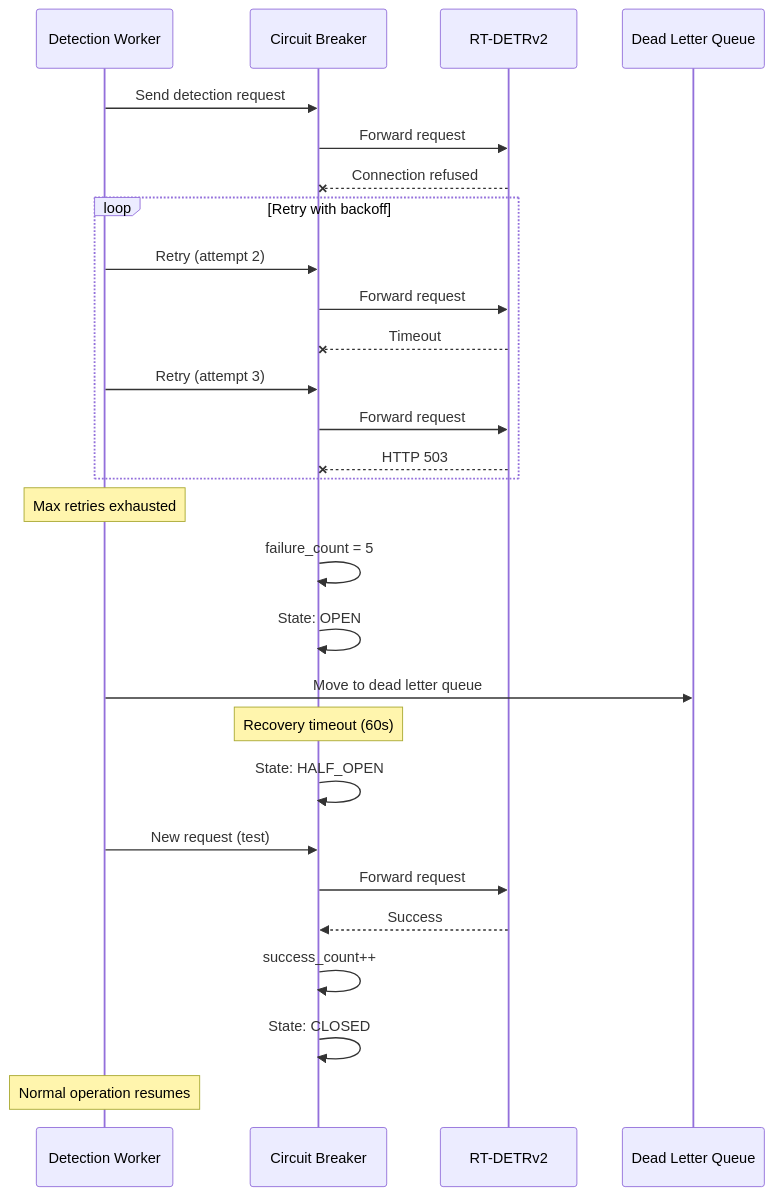
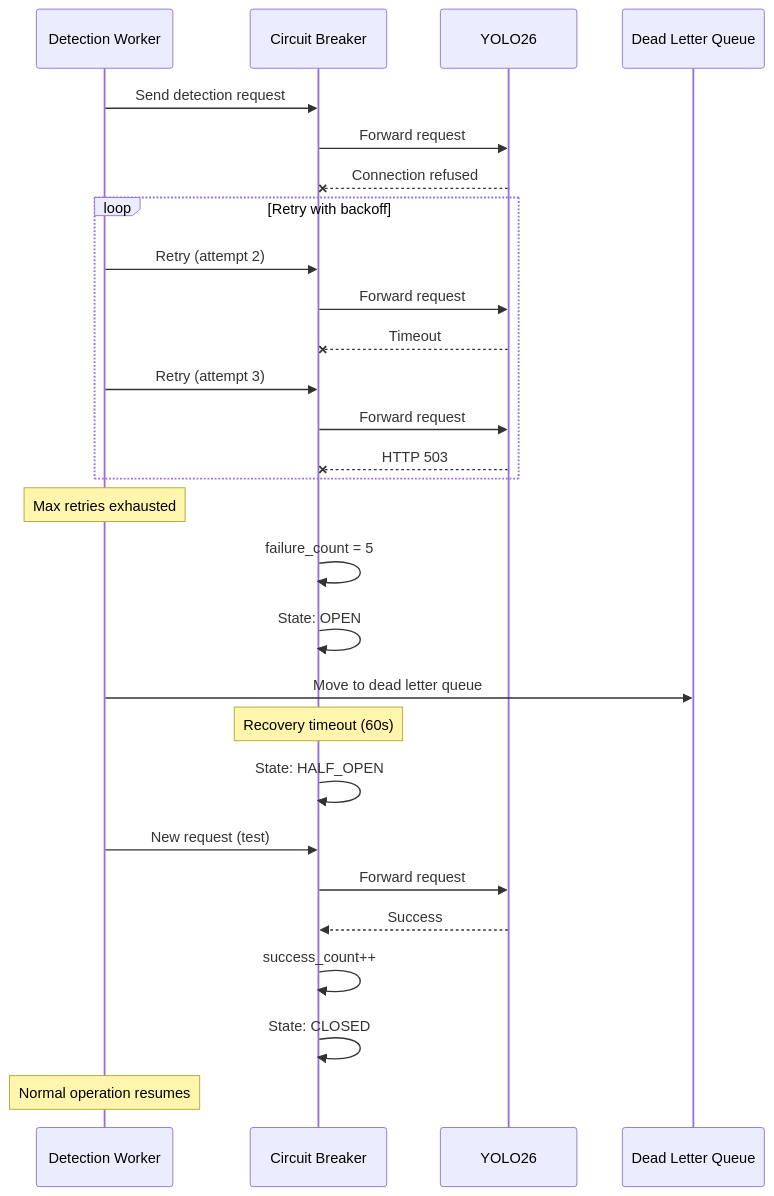
One commit to mikesvoboda/nemotron-v3-home-security-intelligence changed the third of 3 diagrams in docs/architecture/dataflows/error-recovery-flow.md. Above: the diagram before and after it, drawn with Mermaid. The commit also changed other lines of this file and 474 other files, not shown here.

````diff
--- a/docs/architecture/dataflows/error-recovery-flow.md
+++ b/docs/architecture/dataflows/error-recovery-flow.md
@@ -331,41 +331,41 @@
 ```mermaid
 sequenceDiagram
     participant DW as Detection Worker
     participant CB as Circuit Breaker
-    participant RT as RT-DETRv2
+    participant RT as YOLO26
     participant DLQ as Dead Letter Queue
 
     DW->>CB: Send detection request
     CB->>RT: Forward request
     RT--xCB: Connection refused
 
     loop Retry with backoff
         DW->>CB: Retry (attempt 2)
         CB->>RT: Forward request
         RT--xCB: Timeout
 
         DW->>CB: Retry (attempt 3)
         CB->>RT: Forward request
         RT--xCB: HTTP 503
     end
 
     Note over DW: Max retries exhausted
 
     CB->>CB: failure_count = 5
     CB->>CB: State: OPEN
 
     DW->>DLQ: Move to dead letter queue
 
     Note over CB: Recovery timeout (60s)
 
     CB->>CB: State: HALF_OPEN
 
     DW->>CB: New request (test)
     CB->>RT: Forward request
     RT-->>CB: Success
 
     CB->>CB: success_count++
     CB->>CB: State: CLOSED
 
     Note over DW: Normal operation resumes
 ```
````
